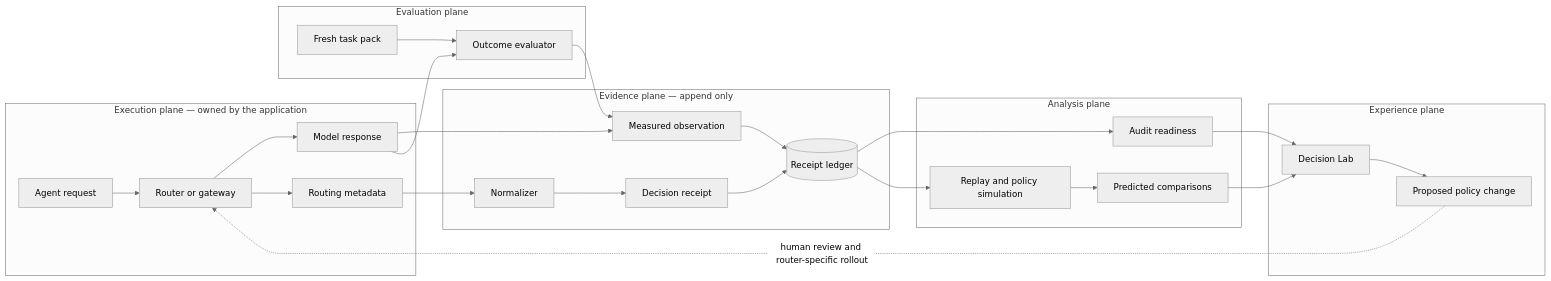
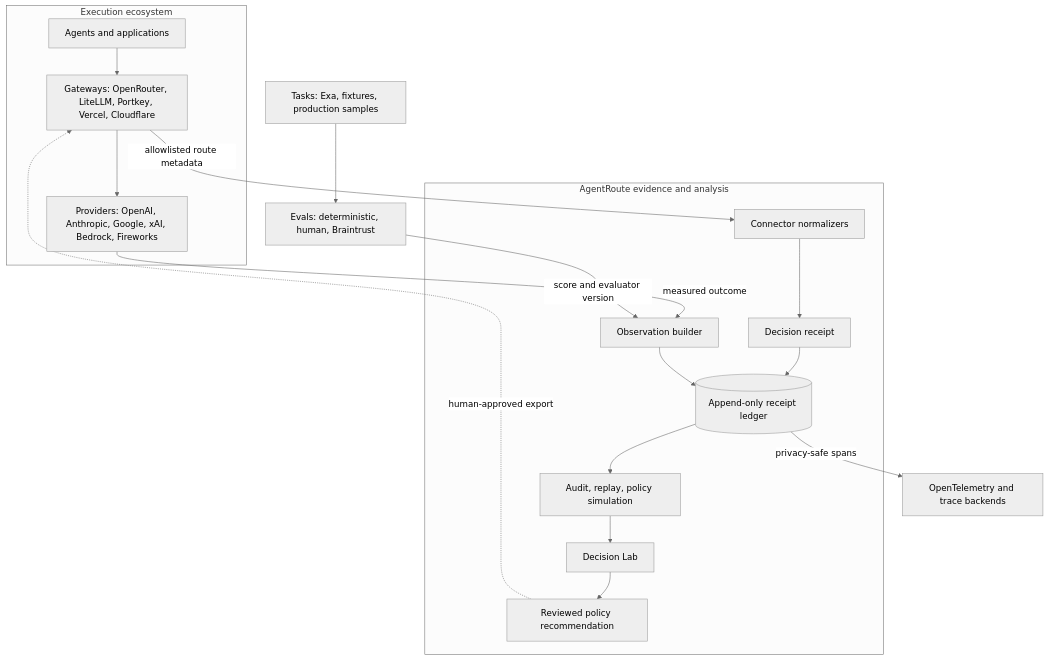
One commit to abhid1234/AgentRoute changed the diagram in docs/architecture.md. Above: the diagram before and after it, drawn with Mermaid (neutral theme). The commit also changed 10 other files, not shown here.

Commit message:
feat: add connector integration plane

````diff
--- a/docs/architecture.md
+++ b/docs/architecture.md
@@ -8,36 +8,24 @@
 ```mermaid
-flowchart LR
-  subgraph execution[Execution plane — owned by the application]
-    A[Agent request] --> R[Router or gateway]
-    R --> M[Model response]
-    R --> X[Routing metadata]
+flowchart TB
+  subgraph execution[Execution ecosystem]
+    APP[Agents and applications] --> GW[Gateways: OpenRouter, LiteLLM, Portkey, Vercel, Cloudflare]
+    GW --> PROVIDERS[Providers: OpenAI, Anthropic, Google, xAI, Bedrock, Fireworks]
   end
 
-  subgraph evidence[Evidence plane — append only]
-    X --> N[Normalizer]
-    N --> D[Decision receipt]
-    M --> O[Measured observation]
-    D --> L[(Receipt ledger)]
-    O --> L
+  GW -->|allowlisted route metadata| NORMALIZE[Connector normalizers]
+  PROVIDERS -->|measured outcome| OBSERVE[Observation builder]
+
+  subgraph agentroute[AgentRoute evidence and analysis]
+    NORMALIZE --> DECISION[Decision receipt]
+    DECISION --> LEDGER[(Append-only receipt ledger)]
+    OBSERVE --> LEDGER
+    LEDGER --> ANALYZE[Audit, replay, policy simulation]
+    ANALYZE --> LAB[Decision Lab]
+    LAB --> POLICY[Reviewed policy recommendation]
   end
 
-  subgraph evaluation[Evaluation plane]
-    T[Fresh task pack] --> E[Outcome evaluator]
-    M --> E
-    E --> O
-  end
-
-  subgraph analysis[Analysis plane]
-    L --> Q[Audit readiness]
-    L --> P[Replay and policy simulation]
-    P --> C[Predicted comparisons]
-  end
-
-  subgraph experience[Experience plane]
-    Q --> LAB[Decision Lab]
-    C --> LAB
-    LAB --> REC[Proposed policy change]
-  end
-
-  REC -. human review and router-specific rollout .-> R
+  TASKS[Tasks: Exa, fixtures, production samples] --> EVAL[Evals: deterministic, human, Braintrust]
+  EVAL -->|score and evaluator version| OBSERVE
+  LEDGER -->|privacy-safe spans| OTEL[OpenTelemetry and trace backends]
+  POLICY -. human-approved export .-> GW
 ```
````
